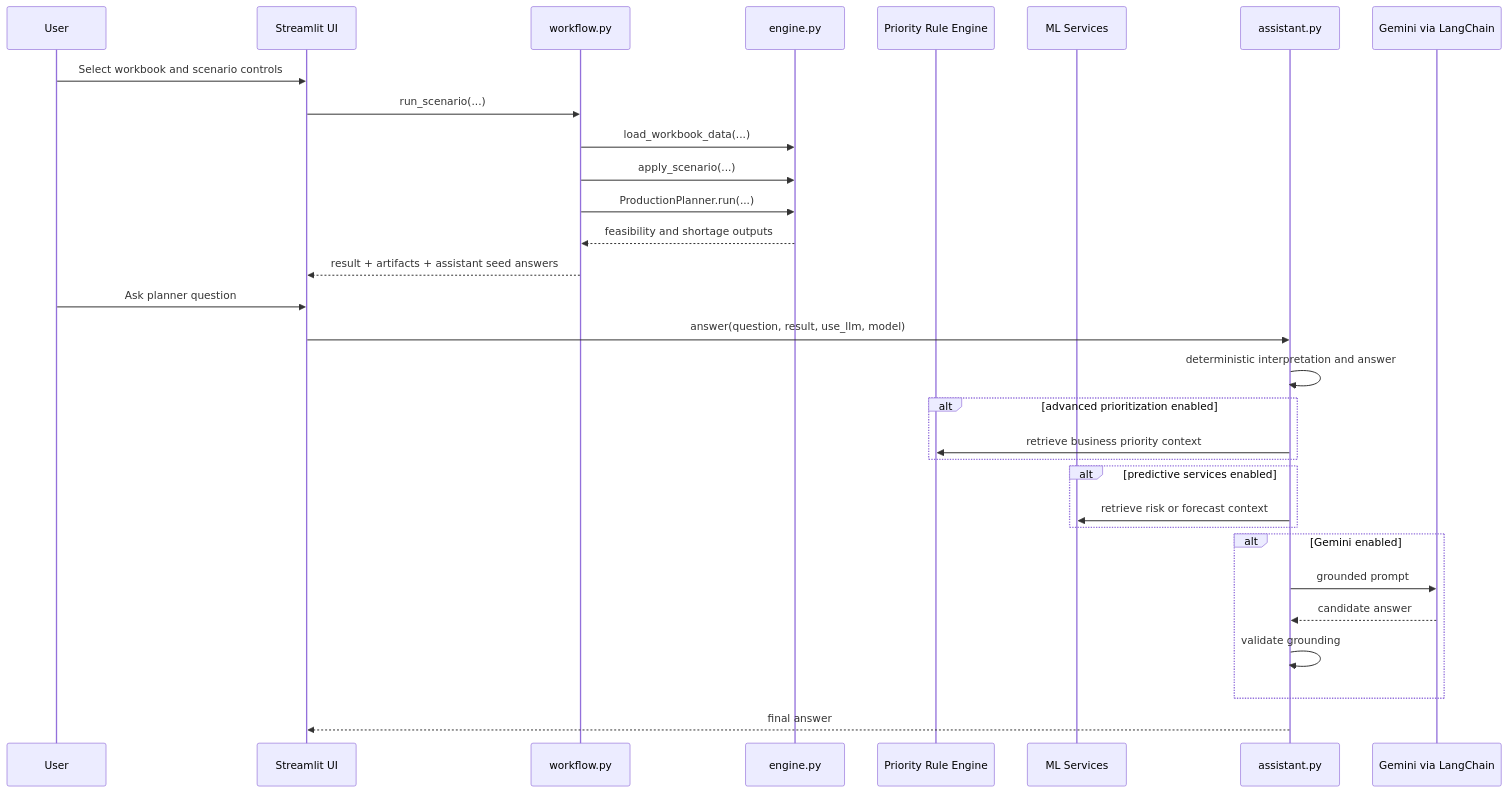
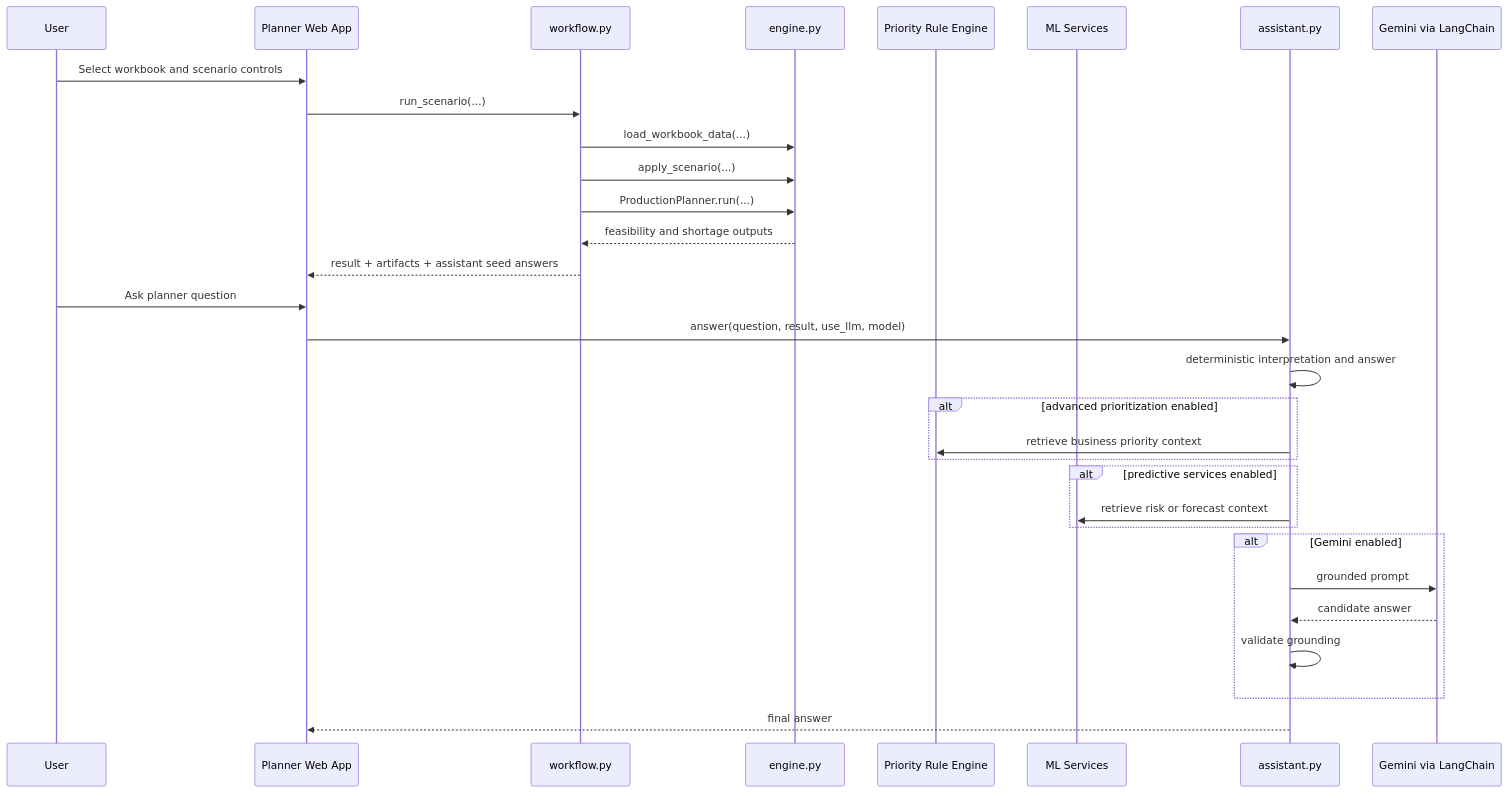
One commit to InsightfulSantosh/ForgeBoard changed the third of 3 diagrams in Desktop/ForgeBoard/docs/forgeboard_solution_blueprint.md. Above: the diagram before and after it, drawn with Mermaid. The commit also changed other lines of this file and 3 other files, not shown here.

````diff
--- a/Desktop/ForgeBoard/docs/forgeboard_solution_blueprint.md
+++ b/Desktop/ForgeBoard/docs/forgeboard_solution_blueprint.md
@@ -907,34 +907,34 @@
 ```mermaid
 sequenceDiagram
     participant U as User
-    participant S as Streamlit UI
+    participant S as Planner Web App
     participant W as workflow.py
     participant E as engine.py
     participant R as Priority Rule Engine
     participant M as ML Services
     participant A as assistant.py
     participant G as Gemini via LangChain
 
     U->>S: Select workbook and scenario controls
     S->>W: run_scenario(...)
     W->>E: load_workbook_data(...)
     W->>E: apply_scenario(...)
     W->>E: ProductionPlanner.run(...)
     E-->>W: feasibility and shortage outputs
     W-->>S: result + artifacts + assistant seed answers
     U->>S: Ask planner question
     S->>A: answer(question, result, use_llm, model)
     A->>A: deterministic interpretation and answer
     alt advanced prioritization enabled
         A->>R: retrieve business priority context
     end
     alt predictive services enabled
         A->>M: retrieve risk or forecast context
     end
     alt Gemini enabled
         A->>G: grounded prompt
         G-->>A: candidate answer
         A->>A: validate grounding
     end
     A-->>S: final answer
 ```
````
